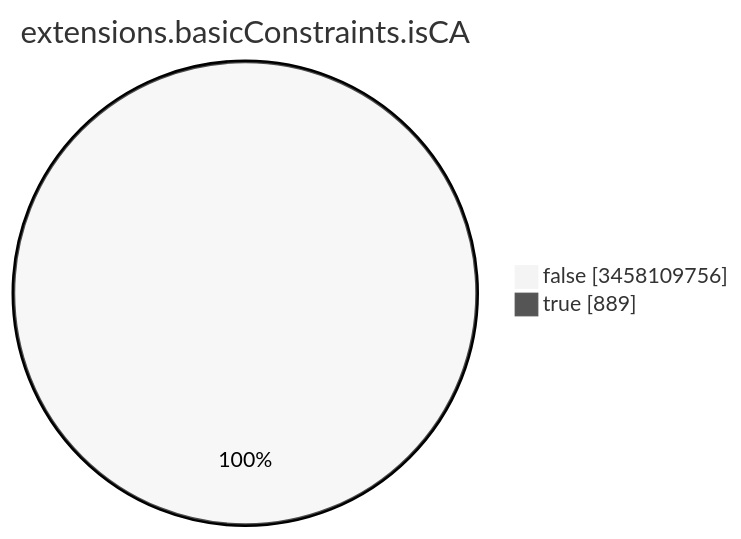
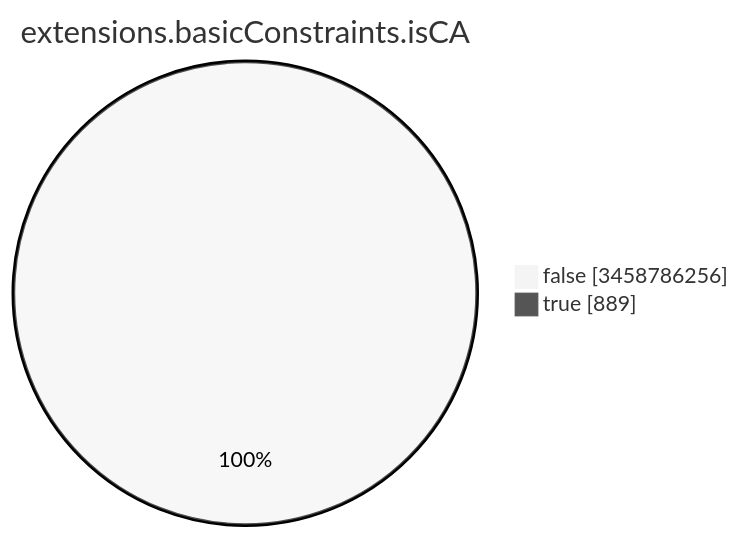
The seventh of 15 diagrams in TOTAL/README.md (christiankrug/ctmonitor_visualization), drawn with Mermaid (neutral theme) before and after one commit. The commit also changed other lines of this file, not shown here.

````diff
--- a/TOTAL/README.md
+++ b/TOTAL/README.md
@@ -3093,6 +3093,6 @@
 ```mermaid
 pie showData
 title extensions.basicConstraints.isCA
-"false" :3458109756
+"false" :3458786256
 "true" :889
 ```
````
